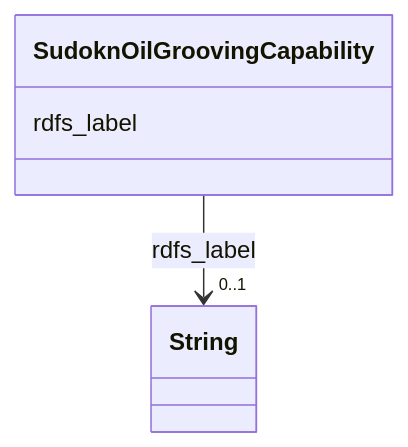
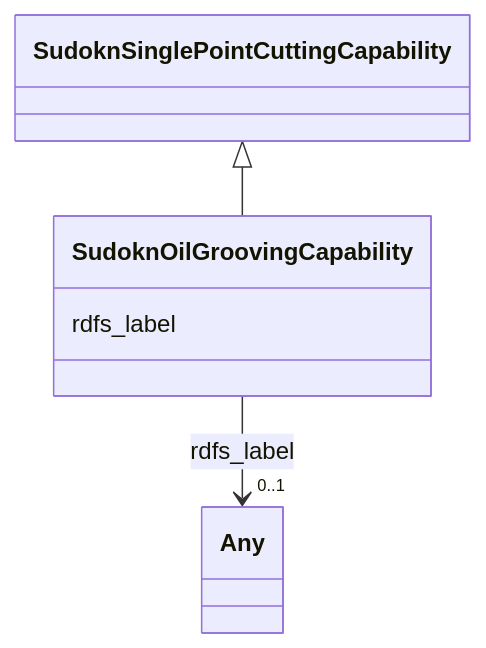
The diagram in sudokn-kg/classes/SudoknOilGroovingCapability.md (frink-okn/graph-descriptions), drawn with Mermaid before and after one commit. The commit also changed other lines of this file and 903 other files, not shown here.

````diff
--- a/sudokn-kg/classes/SudoknOilGroovingCapability.md
+++ b/sudokn-kg/classes/SudoknOilGroovingCapability.md
@@ -23,15 +18,18 @@
 ```mermaid
  classDiagram
     class SudoknOilGroovingCapability
     click SudoknOilGroovingCapability href "../SudoknOilGroovingCapability"
+      SudoknSinglePointCuttingCapability <|-- SudoknOilGroovingCapability
+        click SudoknSinglePointCuttingCapability href "../SudoknSinglePointCuttingCapability"
+      
       SudoknOilGroovingCapability : rdfs_label
         
           
     
     
-    SudoknOilGroovingCapability --> "0..1" String : rdfs_label
-    click String href "../String"
+    SudoknOilGroovingCapability --> "0..1" Any : rdfs_label
+    click Any href "../Any"
 
         
       
 ```
````
